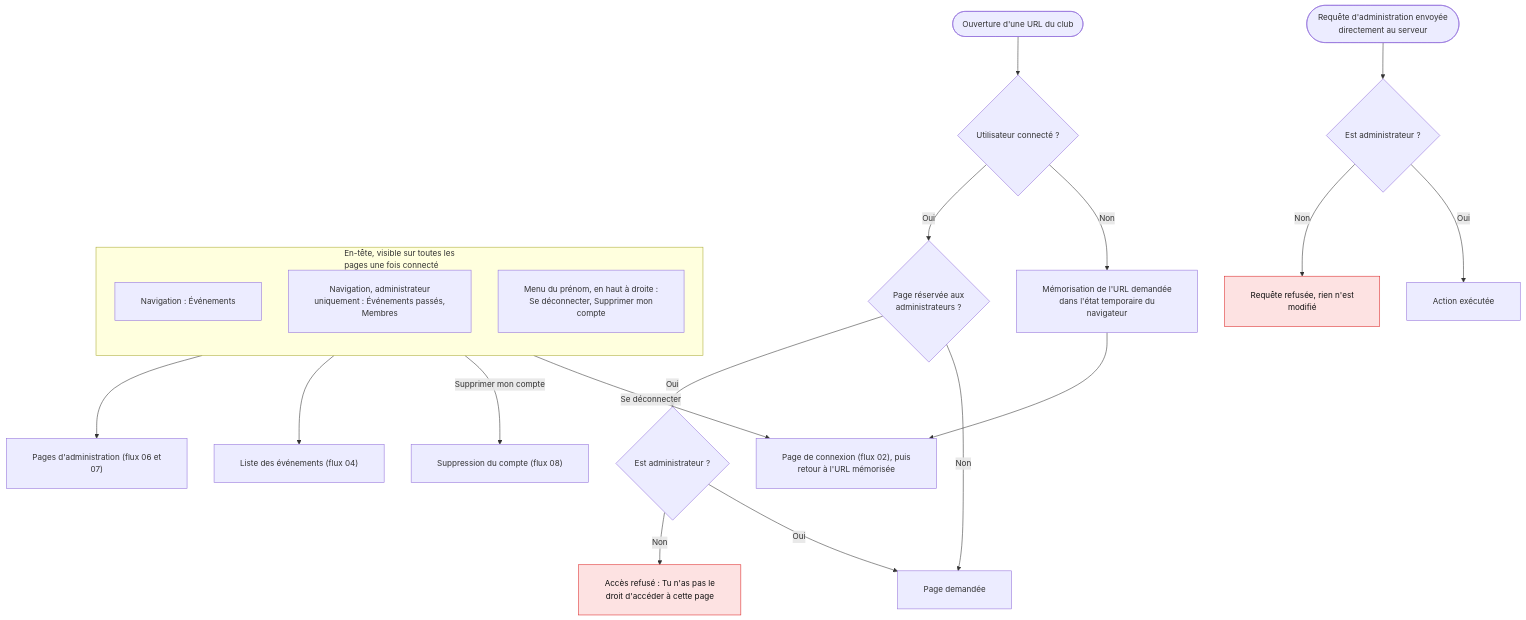
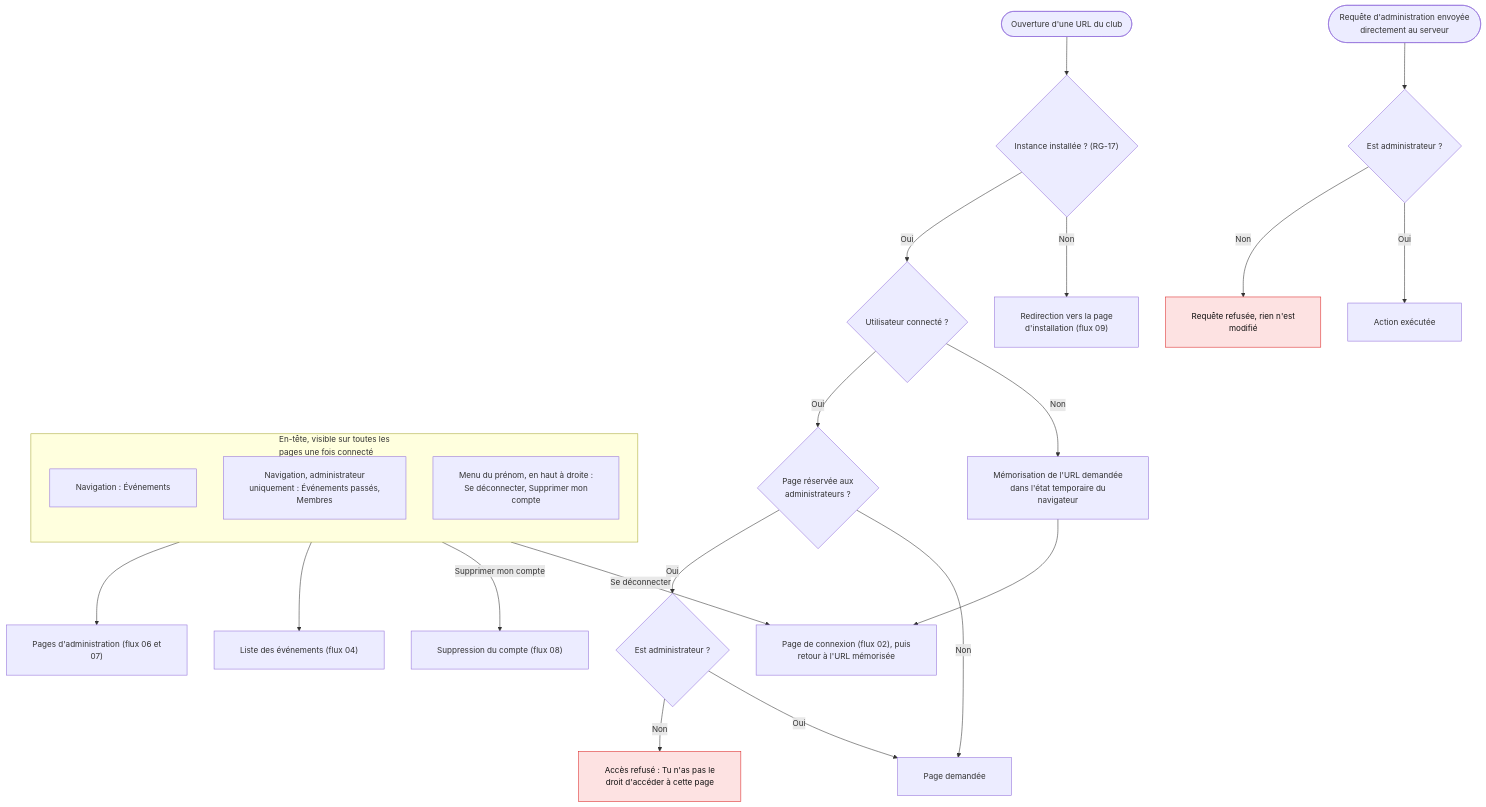
The diagram in docs/flows/00-navigation-et-acces.mmd (nathanjouannon/Creno), drawn with Mermaid before and after one commit. The commit also changed 15 other files, not shown here.

Commit message:
docs(archi): add architecture.md file and update the rest of the doc with the choice made

```diff
--- a/docs/flows/00-navigation-et-acces.mmd
+++ b/docs/flows/00-navigation-et-acces.mmd
@@ -1,31 +1,33 @@
 %%{init: {"flowchart": {"htmlLabels": true, "wrappingWidth": 360, "padding": 24, "nodeSpacing": 50, "rankSpacing": 60, "curve": "basis"}, "themeVariables": {"fontSize": "15px"}}}%%
 %% Navigation globale et contrôle d'accès (F-03, RG-04)
 %% Légende : rectangle = écran, stade = action, losange = décision, rouge = erreur / refus, orange = à confirmer
 flowchart TD
     classDef error fill:#fde2e2,stroke:#dc2626,color:#111
     classDef todo fill:#fff1d6,stroke:#d97706,color:#111
 
-    V(["Ouverture d'une URL du club"]) --> G{"Utilisateur connecté ?"}
+    V(["Ouverture d'une URL du club"]) --> INS{"Instance installée ? (RG-17)"}
+    INS -->|"Non"| SETUP["Redirection vers la page<br/>d'installation (flux 09)"]
+    INS -->|"Oui"| G{"Utilisateur connecté ?"}
     G -->|"Non"| MEM["Mémorisation de l'URL demandée<br/>dans l'état temporaire du<br/>navigateur"]
     MEM --> LOGIN["Page de connexion (flux 02), puis<br/>retour à l'URL mémorisée"]
     G -->|"Oui"| R{"Page réservée aux<br/>administrateurs ?"}
     R -->|"Non"| PAGE["Page demandée"]
     R -->|"Oui"| ADM{"Est administrateur ?"}
     ADM -->|"Oui"| PAGE
     ADM -->|"Non"| DENY["Accès refusé : Tu n'as pas le<br/>droit d'accéder à cette page"]:::error
 
     API(["Requête d'administration envoyée<br/>directement au serveur"]) --> ADM2{"Est administrateur ?"}
     ADM2 -->|"Oui"| OK["Action exécutée"]
     ADM2 -->|"Non"| DENY2["Requête refusée, rien n'est<br/>modifié"]:::error
 
     subgraph HEADER["En-tête, visible sur toutes les<br/>pages une fois connecté"]
         direction TB
         H1["Navigation : Événements"]
         H2["Navigation, administrateur<br/>uniquement : Événements passés,<br/>Membres"]
         H3["Menu du prénom, en haut à droite :<br/>Se déconnecter, Supprimer mon<br/>compte"]
     end
 
     H3 -->|"Se déconnecter"| LOGIN
     H3 -->|"Supprimer mon compte"| DEL["Suppression du compte (flux 08)"]
     H1 --> LIST["Liste des événements (flux 04)"]
     H2 --> ADMP["Pages d'administration (flux 06 et<br/>07)"]
```
